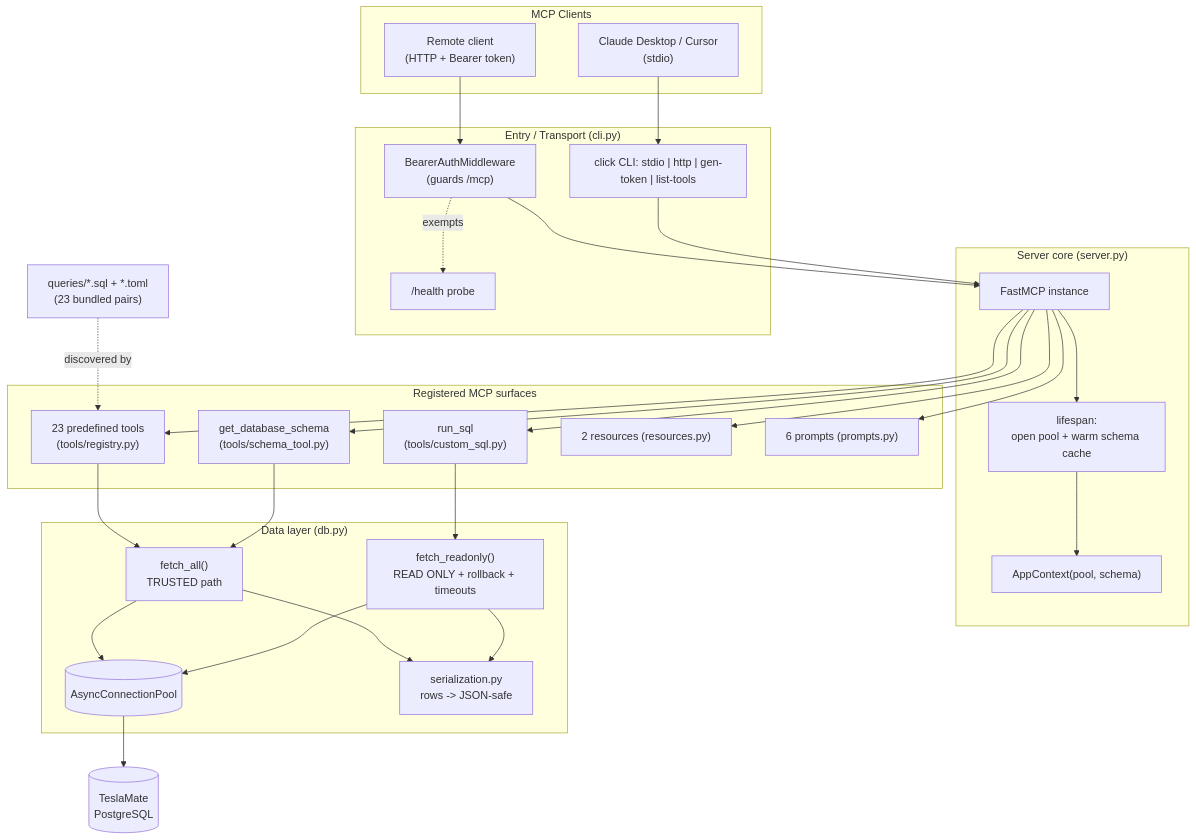
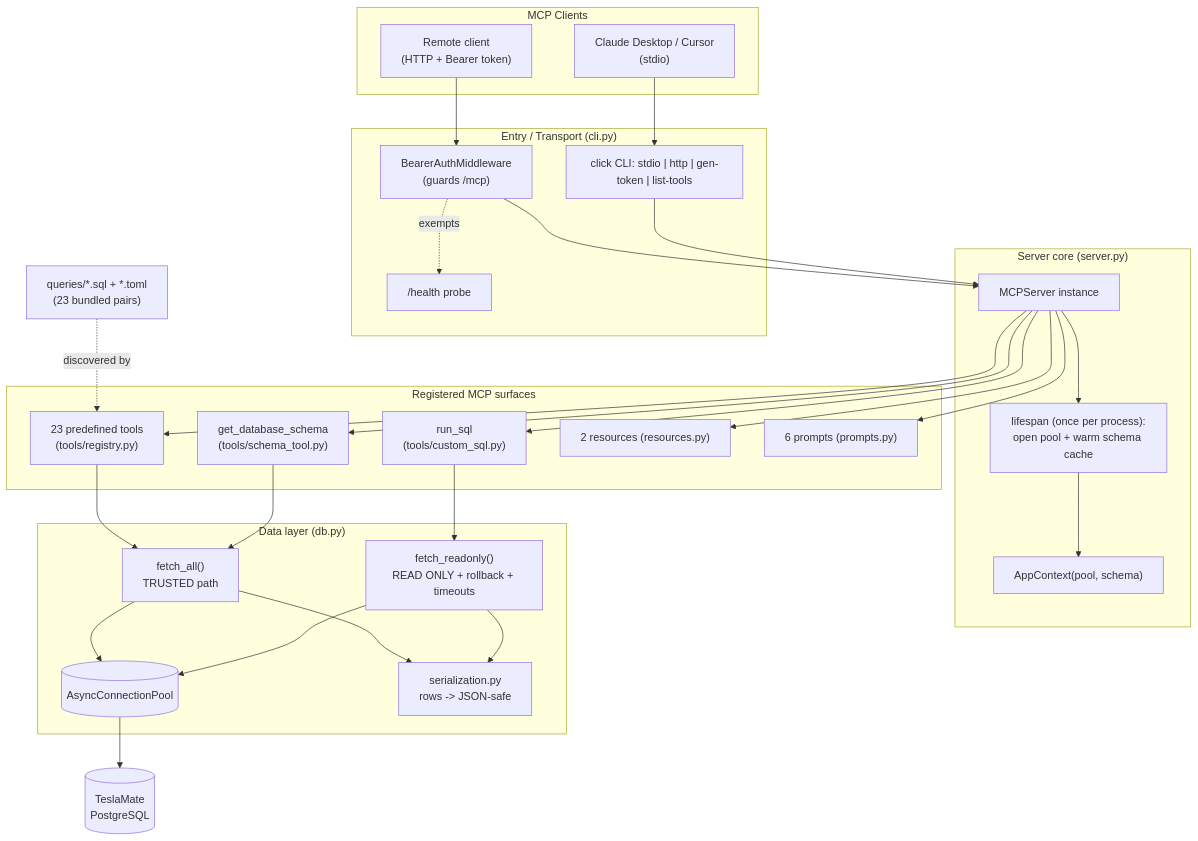
One commit to cobanov/teslamate-mcp changed the first of 2 diagrams in docs/CODEBASE_MAP.md. Above: the diagram before and after it, drawn with Mermaid. The commit also changed other lines of this file and 18 other files, not shown here.

First line of the commit message:
Migrate to MCP SDK v2 / spec 2026-07-28: stateless HTTP, lifespan-owned pool

````diff
--- a/docs/CODEBASE_MAP.md
+++ b/docs/CODEBASE_MAP.md
@@ -22,53 +23,53 @@
 ```mermaid
 graph TB
     subgraph Clients["MCP Clients"]
         IDE["Claude Desktop / Cursor<br/>(stdio)"]
         Remote["Remote client<br/>(HTTP + Bearer token)"]
     end
 
     subgraph Entry["Entry / Transport (cli.py)"]
         CLI["click CLI: stdio | http | gen-token | list-tools"]
         Auth["BearerAuthMiddleware<br/>(guards /mcp)"]
         Health["/health probe"]
     end
 
     subgraph Core["Server core (server.py)"]
-        FastMCP["FastMCP instance"]
-        Lifespan["lifespan:<br/>open pool + warm schema cache"]
+        MCPServer["MCPServer instance"]
+        Lifespan["lifespan (once per process):<br/>open pool + warm schema cache"]
         AppCtx["AppContext(pool, schema)"]
     end
 
     subgraph Surfaces["Registered MCP surfaces"]
         Pre["23 predefined tools<br/>(tools/registry.py)"]
         RunSQL["run_sql<br/>(tools/custom_sql.py)"]
         SchemaTool["get_database_schema<br/>(tools/schema_tool.py)"]
         Res["2 resources (resources.py)"]
         Prompts["6 prompts (prompts.py)"]
     end
 
     subgraph Data["Data layer (db.py)"]
         Pool[("AsyncConnectionPool")]
         FetchAll["fetch_all()<br/>TRUSTED path"]
         FetchRO["fetch_readonly()<br/>READ ONLY + rollback + timeouts"]
         Ser["serialization.py<br/>rows -> JSON-safe"]
     end
 
     DB[("TeslaMate<br/>PostgreSQL")]
     Queries["queries/*.sql + *.toml<br/>(23 bundled pairs)"]
 
     IDE --> CLI
-    Remote --> Auth --> FastMCP
-    CLI --> FastMCP
+    Remote --> Auth --> MCPServer
+    CLI --> MCPServer
     Auth -.exempts.-> Health
-    FastMCP --> Lifespan --> AppCtx
-    FastMCP --> Pre & RunSQL & SchemaTool & Res & Prompts
+    MCPServer --> Lifespan --> AppCtx
+    MCPServer --> Pre & RunSQL & SchemaTool & Res & Prompts
     Queries -.discovered by.-> Pre
     Pre --> FetchAll
     SchemaTool --> FetchAll
     RunSQL --> FetchRO
     FetchAll --> Pool
     FetchRO --> Pool
     FetchAll --> Ser
     FetchRO --> Ser
     Pool --> DB
 ```
````
